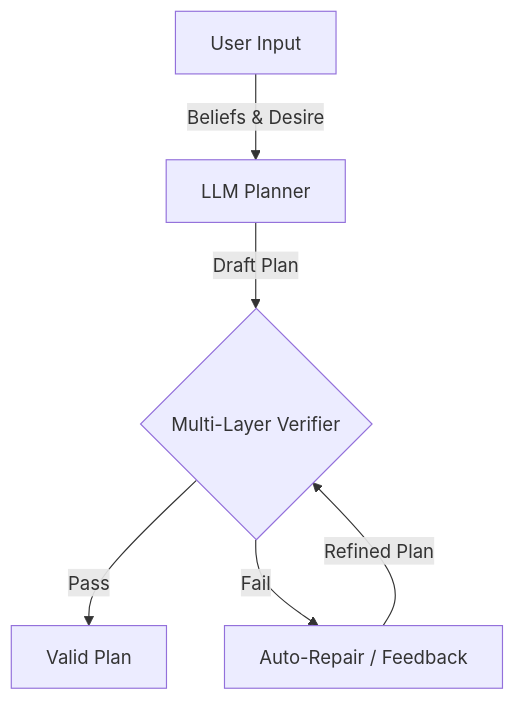
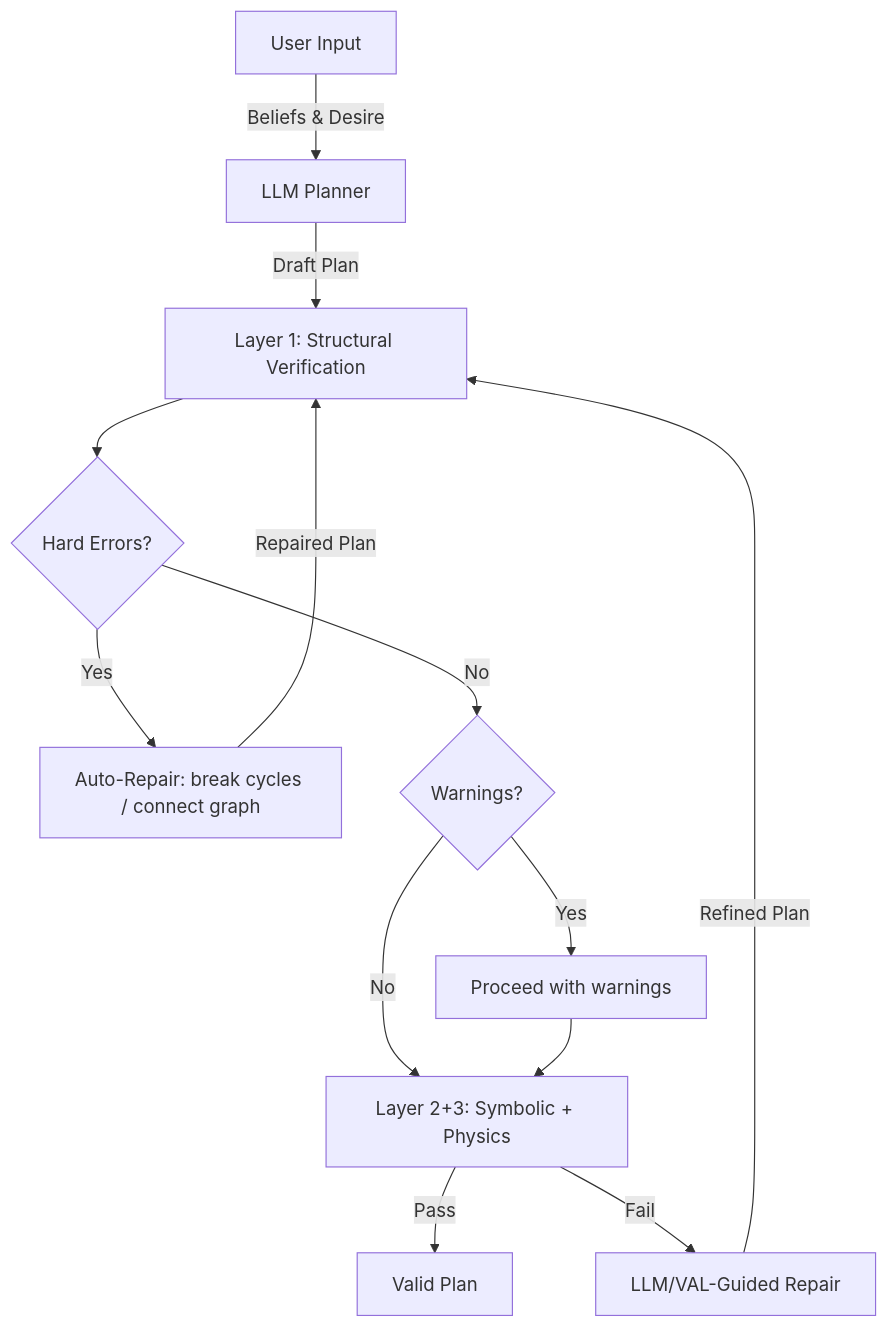
One commit to alexj11324/BDI_LLM_Formal_Ver changed the diagram in docs/ARCHITECTURE.md. Above: the diagram before and after it, drawn with Mermaid. The commit also changed other lines of this file and 31 other files, not shown here.

Commit message:
Fix verifier/repair regressions and align eval scripts/docs

````diff
--- a/docs/ARCHITECTURE.md
+++ b/docs/ARCHITECTURE.md
@@ -15,10 +15,18 @@
 ```mermaid
 graph TD
     User[User Input] -->|Beliefs & Desire| Planner[LLM Planner]
-    Planner -->|Draft Plan| Verifier{Multi-Layer Verifier}
-    
-    Verifier -->|Pass| Execution[Valid Plan]
-    Verifier -->|Fail| Repair[Auto-Repair / Feedback]
-    
-    Repair -->|Refined Plan| Verifier
+    Planner -->|Draft Plan| L1[Layer 1: Structural Verification]
+
+    L1 --> Hard{Hard Errors?}
+    Hard -->|Yes| RepairStruct[Auto-Repair: break cycles / connect graph]
+    RepairStruct -->|Repaired Plan| L1
+
+    Hard -->|No| Warn{Warnings?}
+    Warn -->|Yes| Note[Proceed with warnings]
+    Warn -->|No| L23[Layer 2+3: Symbolic + Physics]
+    Note --> L23
+
+    L23 -->|Pass| Execution[Valid Plan]
+    L23 -->|Fail| RepairLLM[LLM/VAL-Guided Repair]
+    RepairLLM -->|Refined Plan| L1
 ```
````
